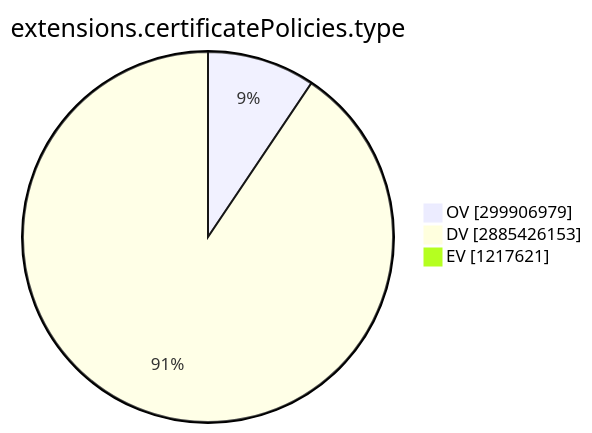
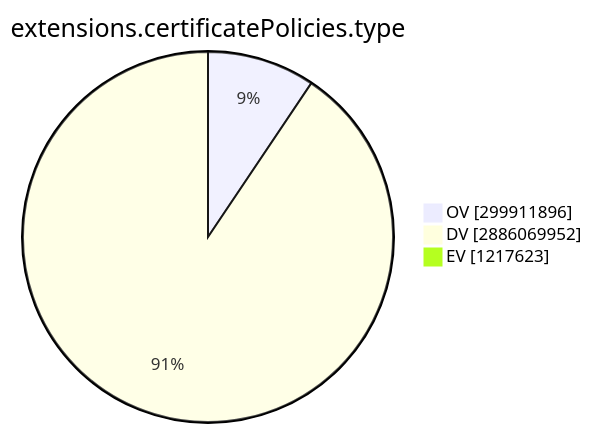
The ninth of 15 diagrams in TOTAL/README.md (christiankrug/ctmonitor_visualization), drawn with Mermaid before and after one commit. The commit also changed other lines of this file, not shown here.

````diff
--- a/TOTAL/README.md
+++ b/TOTAL/README.md
@@ -3101,7 +3101,7 @@
 ```mermaid
 pie showData
 title extensions.certificatePolicies.type
-"OV" :299906979
-"DV" :2885426153
-"EV" :1217621
+"OV" :299911896
+"DV" :2886069952
+"EV" :1217623
 ```
````
